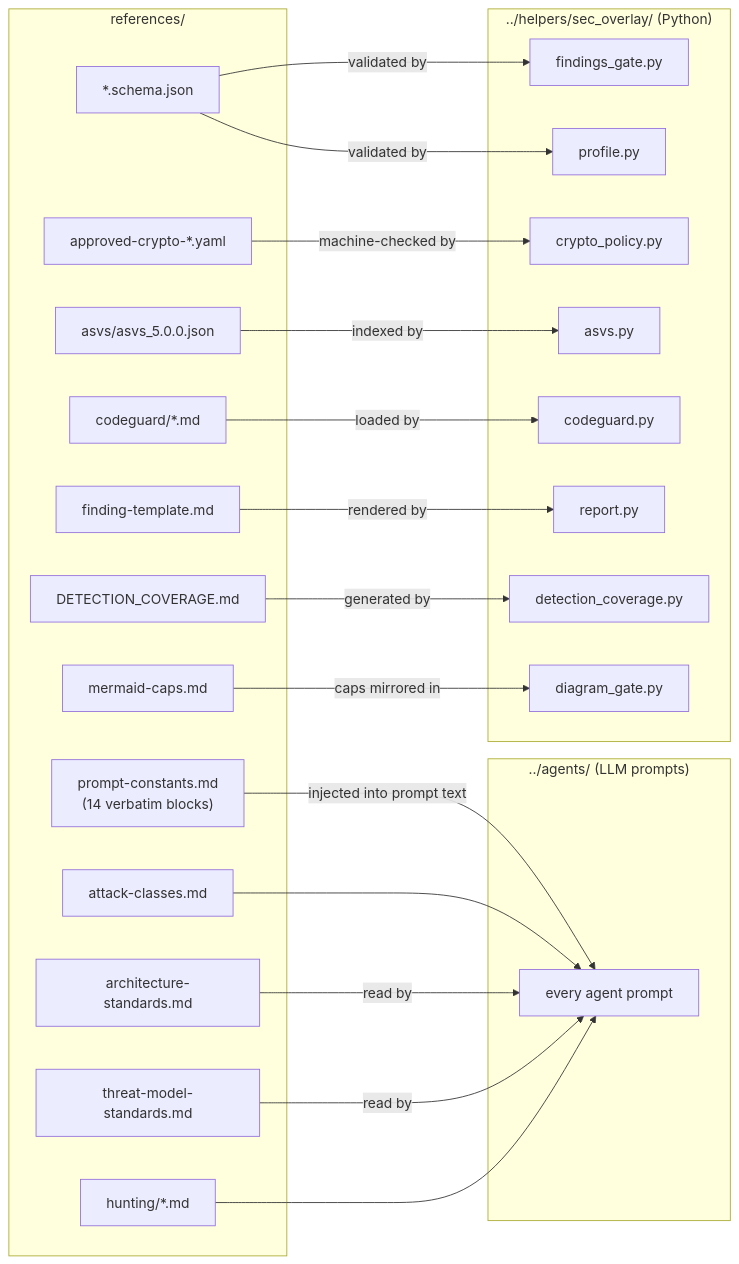
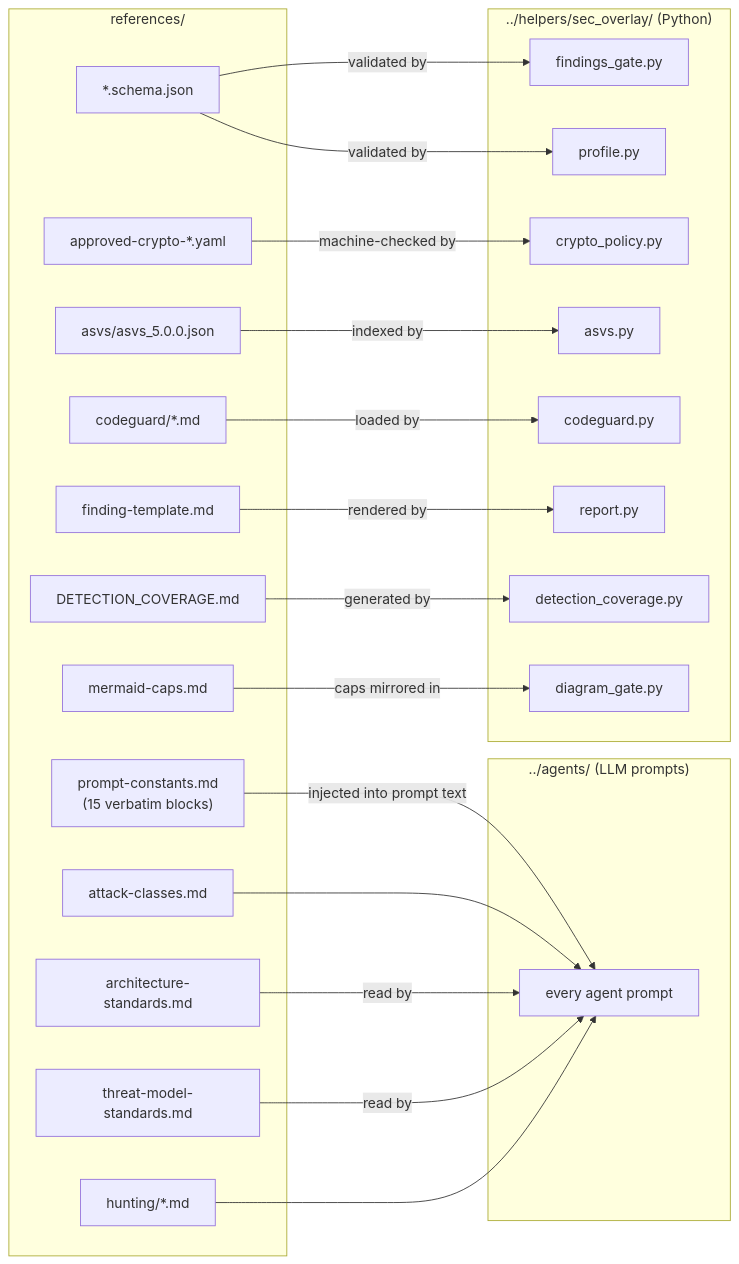
The first of 2 diagrams in plugins/sec-overlay/skills/sec-overlay/references/README.md (cjbischoff/cjbischoff-claude-code-tools), drawn with Mermaid before and after one commit. The commit also changed other lines of this file and 10 other files, not shown here.

````diff
--- a/plugins/sec-overlay/skills/sec-overlay/references/README.md
+++ b/plugins/sec-overlay/skills/sec-overlay/references/README.md
@@ -34,46 +34,46 @@
 ```mermaid
 flowchart LR
     subgraph REF["references/"]
-        PC["prompt-constants.md<br/>(14 verbatim blocks)"]
+        PC["prompt-constants.md<br/>(15 verbatim blocks)"]
         AC["attack-classes.md"]
         ARCH["architecture-standards.md"]
         TMS["threat-model-standards.md"]
         MC["mermaid-caps.md"]
         FT["finding-template.md"]
         HUNT["hunting/*.md"]
         CG["codeguard/*.md"]
         ASVS["asvs/asvs_5.0.0.json"]
         CRYPTO["approved-crypto-*.yaml"]
         SCHEMA["*.schema.json"]
         DC["DETECTION_COVERAGE.md"]
     end
 
     subgraph AGENTS["../agents/ (LLM prompts)"]
         A["every agent prompt"]
     end
 
     subgraph HELPERS["../helpers/sec_overlay/ (Python)"]
         FG["findings_gate.py"]
         PROF["profile.py"]
         CP["crypto_policy.py"]
         ASVSPY["asvs.py"]
         CGPY["codeguard.py"]
         REP["report.py"]
         DCPY["detection_coverage.py"]
         DGATE["diagram_gate.py"]
     end
 
     PC -->|"injected into prompt text"| A
     AC --> A
     ARCH -->|"read by"| A
     TMS -->|"read by"| A
     MC -->|"caps mirrored in"| DGATE
     HUNT --> A
     FT -->|"rendered by"| REP
     SCHEMA -->|"validated by"| FG
     SCHEMA -->|"validated by"| PROF
     CRYPTO -->|"machine-checked by"| CP
     ASVS -->|"indexed by"| ASVSPY
     CG -->|"loaded by"| CGPY
     DC -->|"generated by"| DCPY
 ```
````
